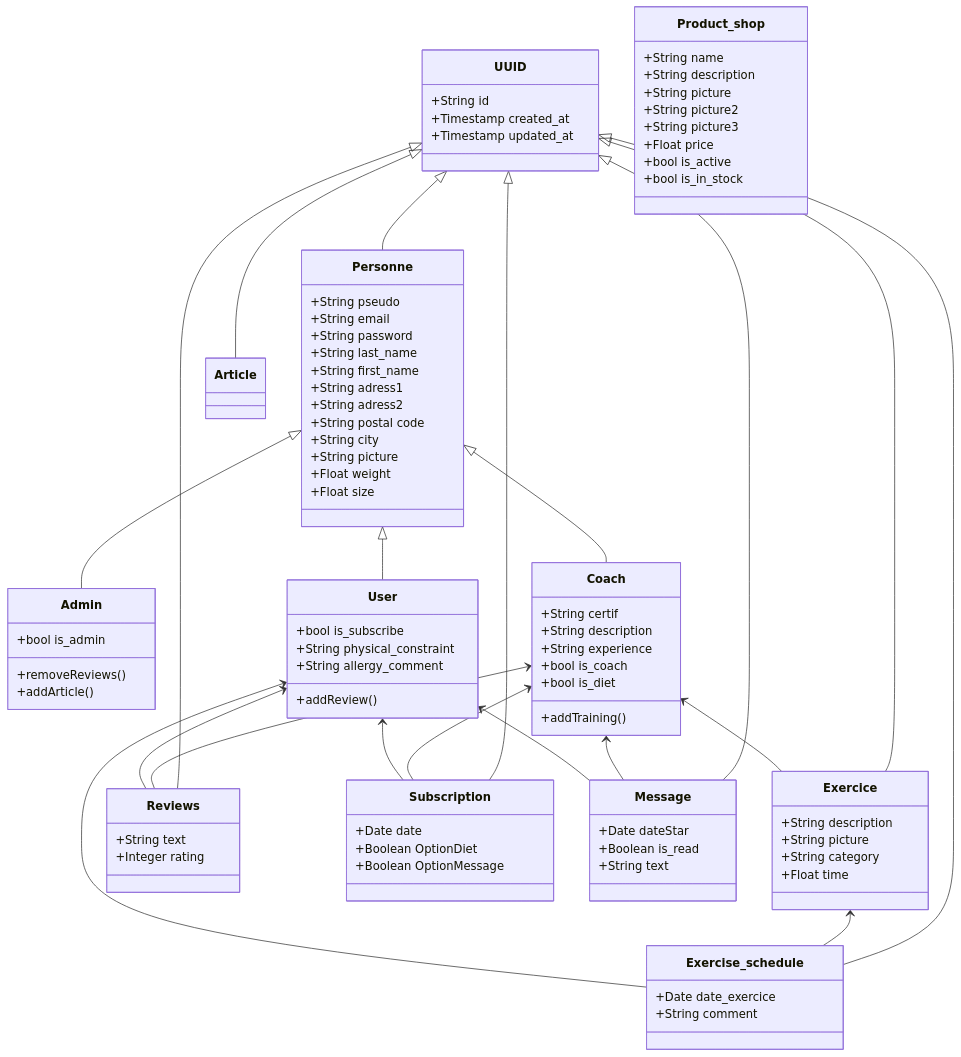
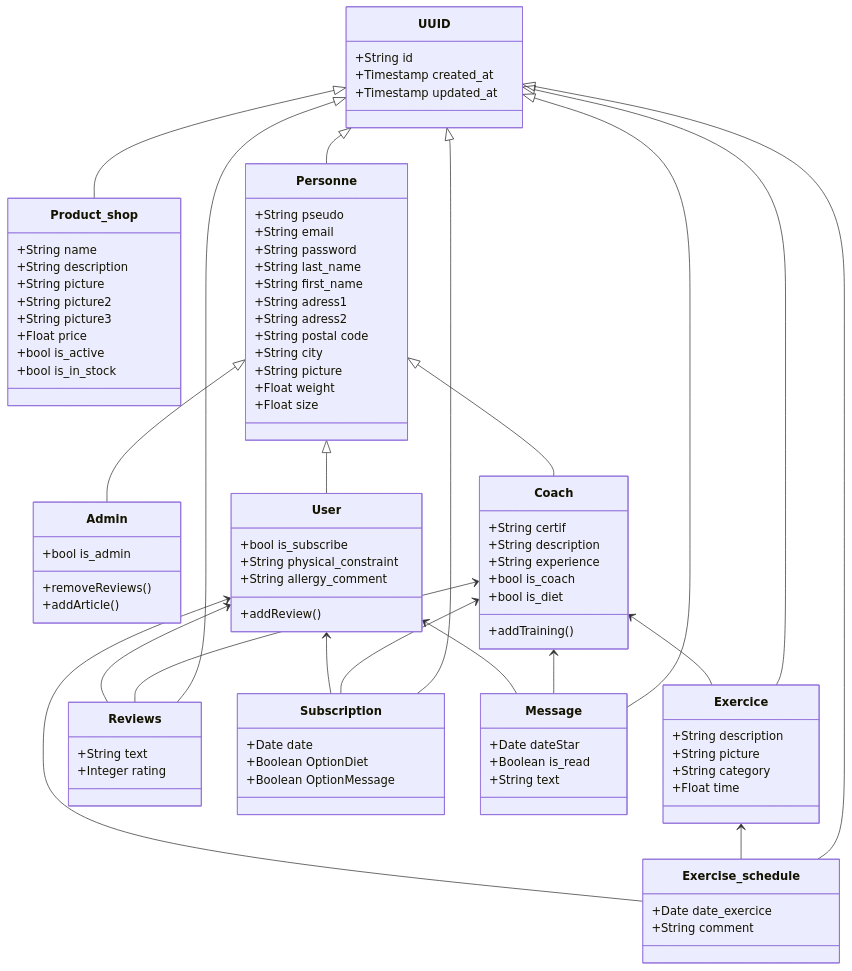
Before and after one commit to Genia888/FitnessHub: the diagram in Documentation/class_diagram.md, drawn with Mermaid.

Commit message:
Update class diagram to replace 'Article' with 'Product_shop' for consistency

```diff
--- a/Documentation/class_diagram.md
+++ b/Documentation/class_diagram.md
@@ -87,7 +87,7 @@
 	    +Boolean is_read
 	    +String text
     }
-	UUID <|-- Article
+	UUID <|-- Product_shop
 	UUID <|-- Personne
 	UUID <|-- Exercise_schedule
 	UUID <|-- Exercice
```
